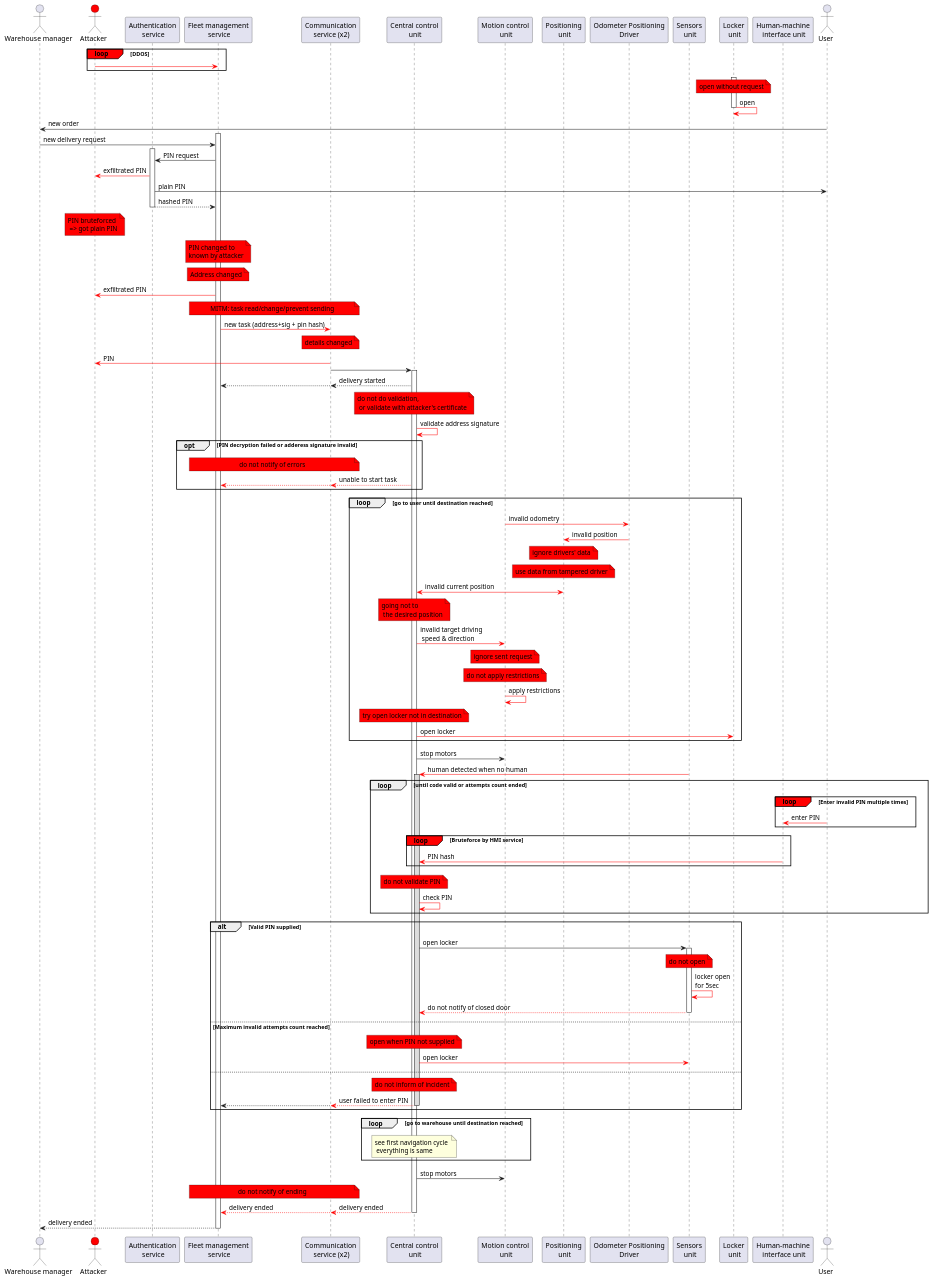
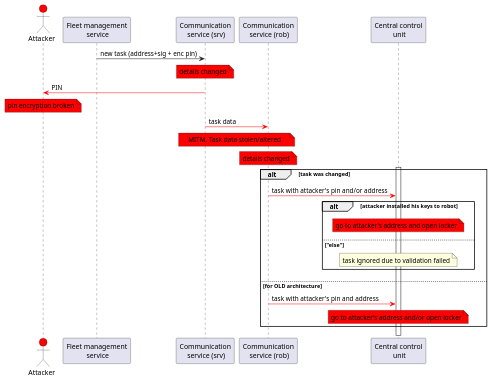
The diagram in docs/diagrams/scenarios/scenario2.puml (Losssaw3/cyberimmune-delivery-robot), drawn with PlantUML before and after one commit. The commit also changed 21 other files, not shown here.

Commit message:
negative sequence diagrams added

```diff
--- a/docs/diagrams/scenarios/scenario2.puml
+++ b/docs/diagrams/scenarios/scenario2.puml
@@ -1,143 +1,44 @@
 @startuml
 !pragma teoz true
 'autonumber
 
-actor "Warehouse manager" as WH
 actor "Attacker" as Att #red
-participant "Authentication\n service" as AS
 participant "Fleet management\n service" as FMS
-participant "Communication\n service (x2)" as CS
+participant "Communication\n service (srv)" as CS0
+participant "Communication\n service (rob)" as CS1
 participant "Central control\n unit" as CCU
-participant "Motion control\n unit" as MCU
-participant "Positioning\n unit" as PU
-participant "Odometer Positioning\nDriver" as OPD
-participant "Sensors\n unit" as SU
-participant "Locker\n unit" as LU
-participant "Human-machine\n interface unit" as HMI
-actor "User" as User
 
-loop#red DDOS
-Att     -[#red]> FMS
-end loop
+FMS     -> CS0:      new task (address+sig + enc pin)
 
-activate LU
-note over LU #red: open without request
-LU -[#red]> LU: open
-deactivate LU
+note over CS0 #red: details changed
+CS0      -[#red]> Att:     PIN
+note over Att #red: pin encryption broken
 
-User    -> WH:      new order
-activate FMS
-WH      -> FMS:     new delivery request
-activate AS
-FMS     -> AS:      PIN request
-AS      -[#red]> Att:     exfiltrated PIN
-AS      -> User:    plain PIN
-AS     --> FMS:     hashed PIN
-deactivate AS
+CS0      -[#red]> CS1:     task data
+note over CS0,CS1 #red: MITM. Task data stolen/altered
 
-note over Att #red: PIN bruteforced \n => got plain PIN
-note over FMS #red: PIN changed to \nknown by attacker
-note over FMS #red: Address changed
-FMS      -[#red]> Att:     exfiltrated PIN
-
-
-note over FMS, CS #red: MITM: task read/change/prevent sending
-FMS     -[#red]> CS:      new task (address+sig + pin hash)
-note over CS #red: details changed
-CS      -[#red]> Att:     PIN
-CS     -> CCU
+note over CS1 #red: details changed
 
 activate CCU
 
-CCU    --> CS:      delivery started
-&CS    --> FMS:
+alt task was changed
+CS1      -[#red]> CCU: task with attacker's pin and/or address
 
-note over CCU #red: do not do validation,\n or validate with attacker's certificate
-CCU     -[#red]> CCU:     validate address signature
-
-opt PIN decryption failed or adderess signature invalid
-note over FMS, CS #red: do not notify of errors
-CCU    --[#red]> CS:      unable to start task
-&CS    --[#red]> FMS
-end opt
-
-loop go to user until destination reached
-
-MCU     -[#red]> OPD:      invalid odometry
-OPD     -[#red]> PU:       invalid position
-note over PU #red: ignore drivers' data
-note over PU #red: use data from tampered driver
-PU      <-[#red]> CCU:     invalid current position
-note over CCU #red: going not to\n the desired position
-CCU     -[#red]> MCU:      invalid target driving\n speed & direction
-note over MCU #red: ignore sent request
-note over MCU #red: do not apply restrictions
-MCU     -[#red]> MCU:       apply restrictions
-
-note over CCU #red: try open locker not in destination
-CCU     -[#red]> LU:      open locker
+alt attacker installed his keys to robot
+note over CCU #red: go to attacker's address and open locker
+else "else"
+note over CCU: task ignored due to validation failed
 end
 
+else for OLD architecture
+CS1      -[#red]> CCU: task with attacker's pin and address
+note over CCU #red: go to attacker's address and/or open locker
 
-CCU     -> MCU:     stop motors
-
-SU      -[#red]> CCU:     human detected when no human
-activate CCU #DDDDDD
+end alt
 
 
-loop until code valid or attempts count ended
-loop#red Enter invalid PIN multiple times
-User    -[#red]> HMI:     enter PIN
-end
-
-loop#red Bruteforce by HMI service
-HMI     -[#red]> CCU:     PIN hash
-end
-
-note over CCU #red: do not validate PIN
-CCU     -[#red]> CCU:     check PIN
-end
-
-alt Valid PIN supplied
-
-CCU     -> SU:      open locker
-activate SU
-note over SU #red: do not open
-SU      -[#red]> SU:      locker open\nfor 5sec
-SU     -[#red]-> CCU:     do not notify of closed door
-deactivate SU
-
-else Maximum invalid attempts count reached
-
-note over CCU #red: open when PIN not supplied
-CCU  -[#red]> SU: open locker
-
-else
-
-note over CCU #red: do not inform of incident
-CCU    -[#red]-> CS:      user failed to enter PIN
-&CS    --> FMS
-
 deactivate CCU
-end
-
-loop go to warehouse until destination reached
-note over CCU: see first navigation cycle \n everything is same
-end
-
-CCU     -> MCU:     stop motors
-
-
-note over FMS, CS #red: do not notify of ending
-
-CCU     --[#red]> CS:     delivery ended
-
-deactivate CCU
-
-&CS     --[#red]> FMS:    delivery ended
-FMS    --> WH:     delivery ended
-
 deactivate FMS
 
 
 @enduml
```
